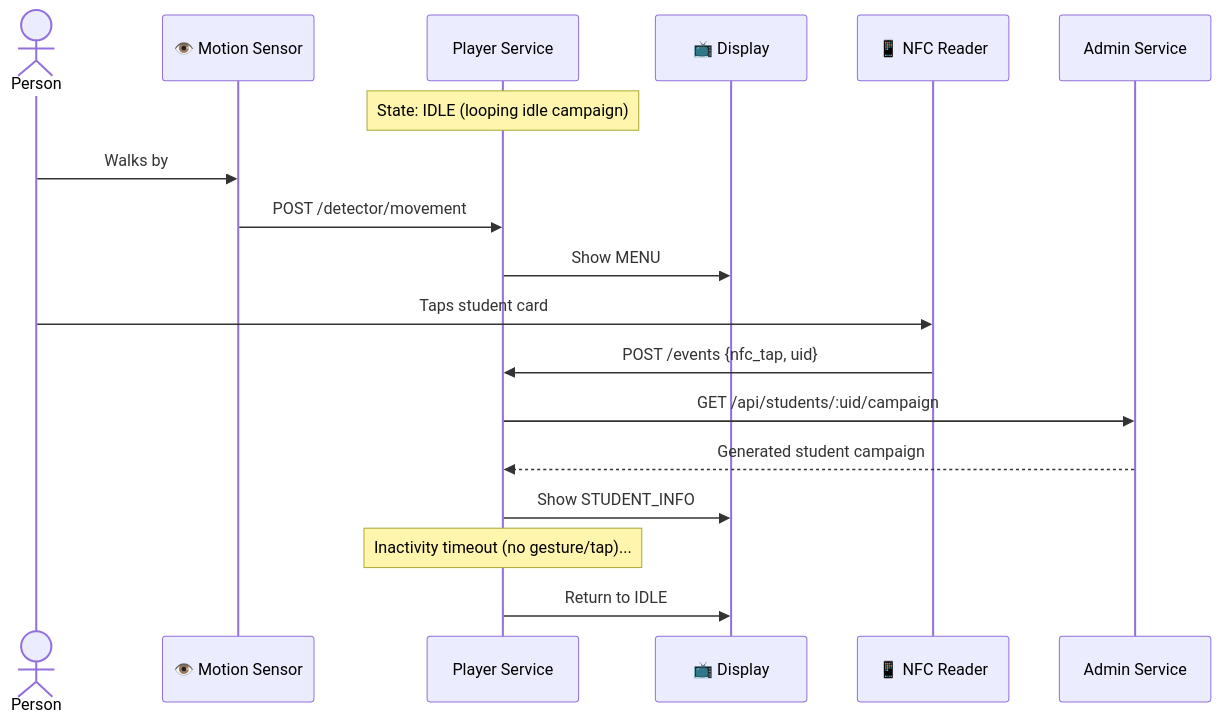
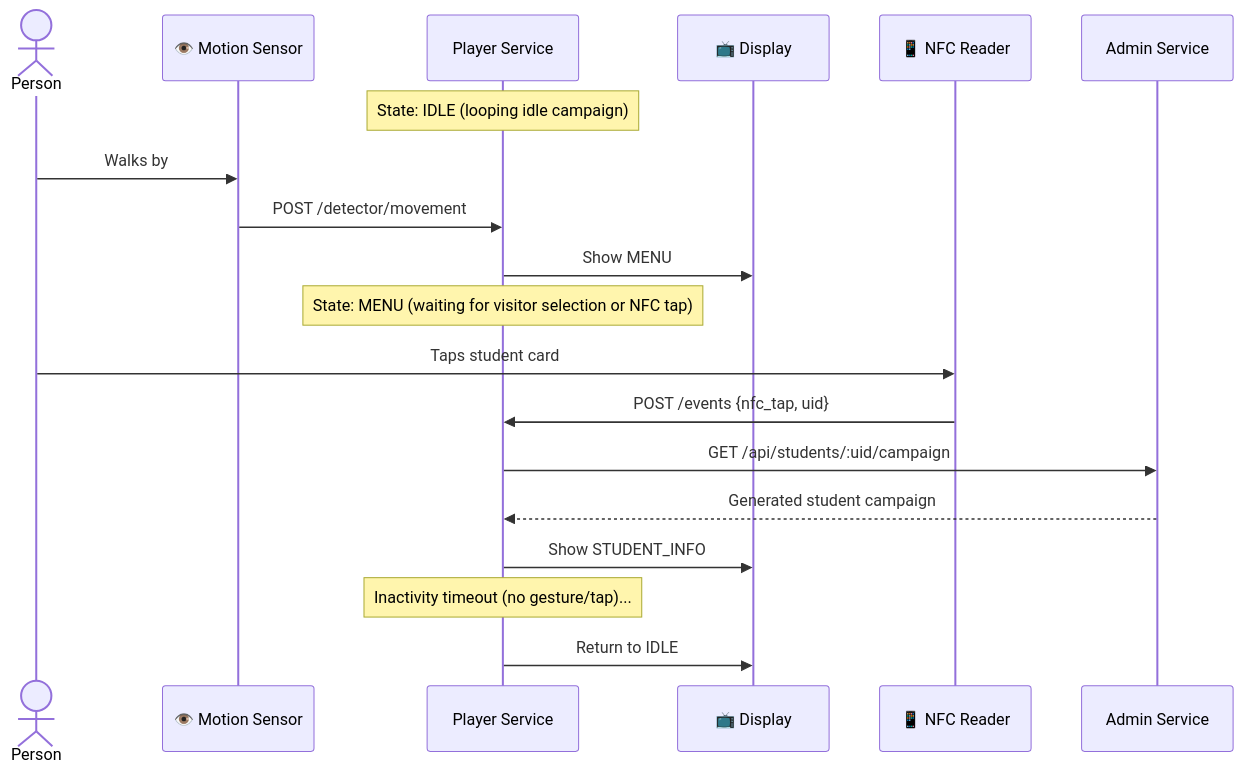
The fifth of 6 diagrams in docs/architecture/overview.md (fergouchyahya/IDS), drawn with Mermaid before and after one commit. The commit also changed 3 other files, not shown here.

````diff
--- a/docs/architecture/overview.md
+++ b/docs/architecture/overview.md
@@ -152,24 +152,26 @@
 ```mermaid
 sequenceDiagram
     actor Person
     participant PIR as 👁️ Motion Sensor
     participant Player as Player Service
     participant Screen as 📺 Display
     participant NFC as 📱 NFC Reader
     participant Admin as Admin Service
 
     Note over Player: State: IDLE (looping idle campaign)
 
     Person->>PIR: Walks by
     PIR->>Player: POST /detector/movement
     Player->>Screen: Show MENU
 
+    Note over Player: State: MENU (waiting for visitor selection or NFC tap)
+
     Person->>NFC: Taps student card
     NFC->>Player: POST /events {nfc_tap, uid}
     Player->>Admin: GET /api/students/:uid/campaign
     Admin-->>Player: Generated student campaign
     Player->>Screen: Show STUDENT_INFO
 
     Note over Player: Inactivity timeout (no gesture/tap)...
     Player->>Screen: Return to IDLE
 ```
````
